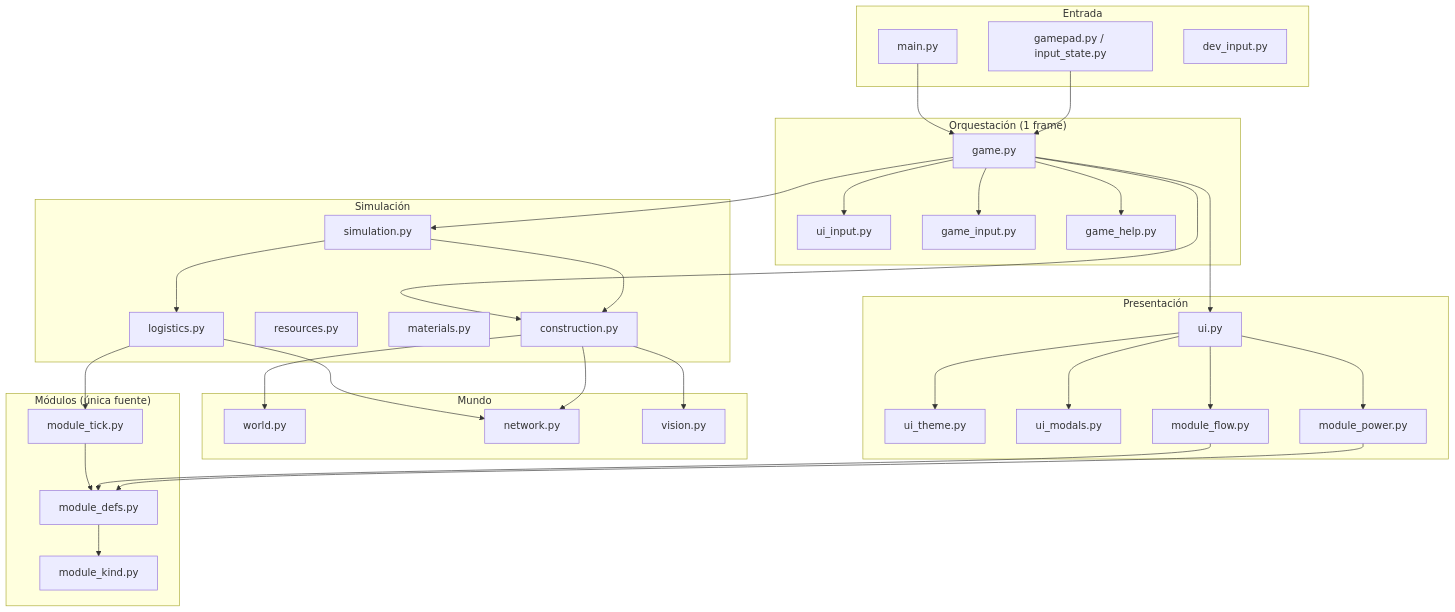
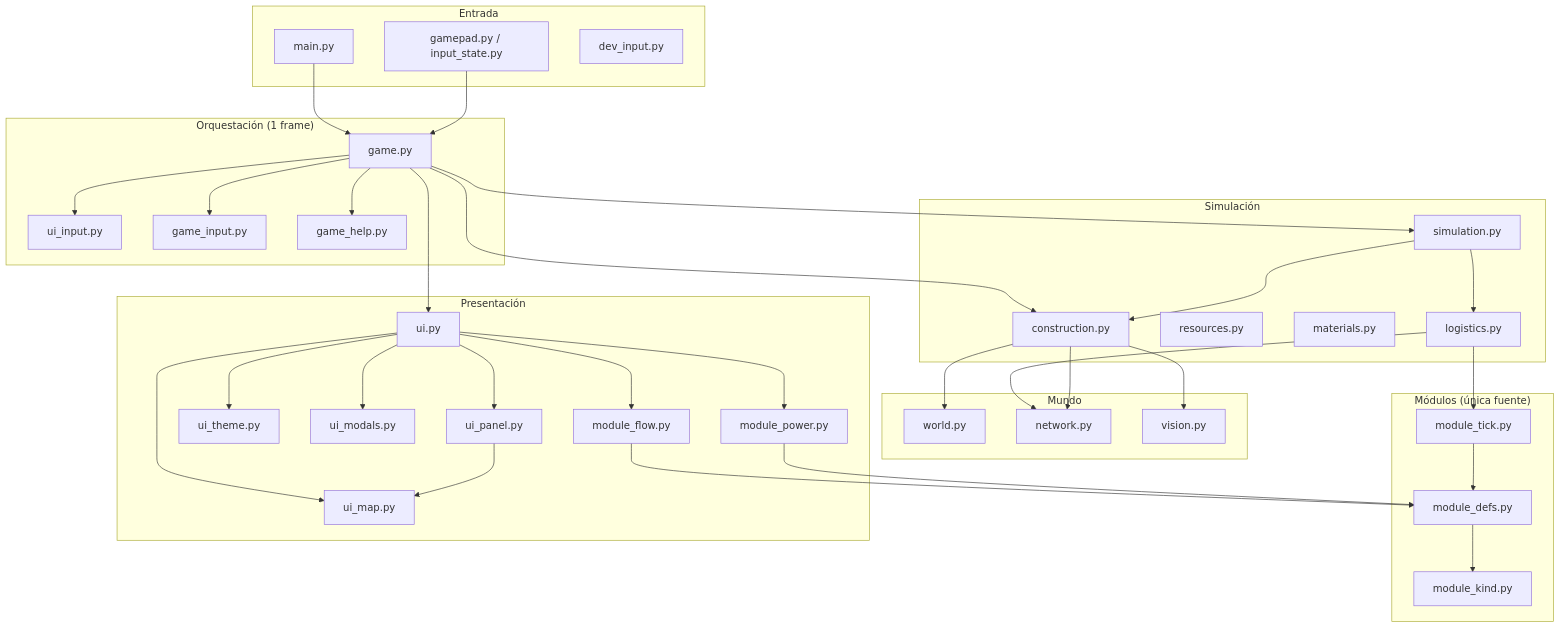
The diagram in docs/arquitectura.md (ozkar-co/solitudine), drawn with Mermaid before and after one commit. The commit also changed other lines of this file and 9 other files, not shown here.

First line of the commit message:
Split UI into map/panel modules and cache network connectivity.

````diff
--- a/docs/arquitectura.md
+++ b/docs/arquitectura.md
@@ -20,67 +20,72 @@
 ```mermaid
 flowchart TB
     subgraph entrada["Entrada"]
         main["main.py"]
         gamepad["gamepad.py / input_state.py"]
         dev["dev_input.py"]
     end
 
     subgraph orquestacion["Orquestación (1 frame)"]
         game["game.py"]
         ui_input["ui_input.py"]
         game_input["game_input.py"]
         game_help["game_help.py"]
     end
 
     subgraph modulos["Módulos (única fuente)"]
         module_kind["module_kind.py"]
         module_defs["module_defs.py"]
         module_tick["module_tick.py"]
     end
 
     subgraph sim["Simulación"]
         simulation["simulation.py"]
         logistics["logistics.py"]
         resources["resources.py"]
         materials["materials.py"]
         construction["construction.py"]
     end
 
     subgraph mundo["Mundo"]
         world["world.py"]
         network["network.py"]
         vision["vision.py"]
     end
 
     subgraph presentacion["Presentación"]
         ui["ui.py"]
+        ui_map["ui_map.py"]
+        ui_panel["ui_panel.py"]
         ui_theme["ui_theme.py"]
         ui_modals["ui_modals.py"]
         module_flow["module_flow.py"]
         module_power["module_power.py"]
     end
 
     main --> game
     game --> ui_input
     game --> simulation
     game --> construction
     game --> ui
     game --> game_input
     game --> game_help
     simulation --> logistics
     simulation --> construction
     logistics --> module_tick
     module_tick --> module_defs
     module_defs --> module_kind
     module_flow --> module_defs
     module_power --> module_defs
     logistics --> network
     construction --> world
     construction --> network
     construction --> vision
+    ui --> ui_map
+    ui --> ui_panel
     ui --> ui_theme
     ui --> ui_modals
+    ui_panel --> ui_map
     ui --> module_flow
     ui --> module_power
     gamepad --> game
 ```
````
